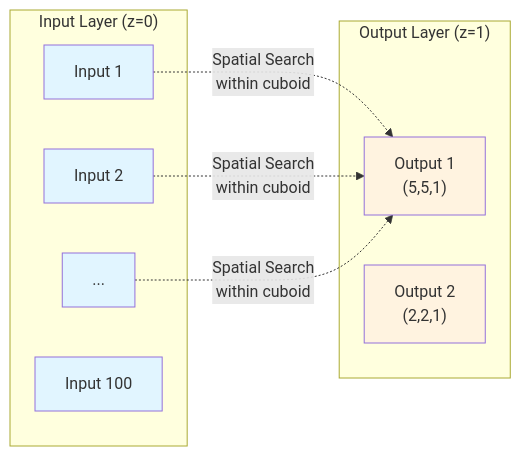
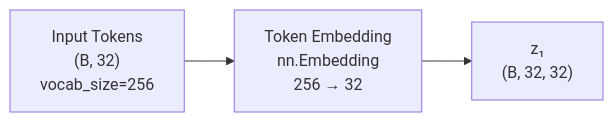
Before and after one commit to anatoli-starostin/spiky: the first of 3 diagrams in doc/programming_guide.md, drawn with Mermaid. The commit also changed other lines of this file and 7 other files, not shown here.

````diff
--- a/doc/programming_guide.md
+++ b/doc/programming_guide.md
@@ -113,25 +348,9 @@
 ```mermaid
 graph LR
-    subgraph "Input Layer (z=0)"
-        I1["Input 1"] 
-        I2["Input 2"]
-        I3["..."]
-        I100["Input 100"]
-    end
+    Input["Input Tokens<br/>(B, 32)<br/>vocab_size=256"]
+    Embed["Token Embedding<br/>nn.Embedding<br/>256 → 32"]
+    Z1["z₁<br/>(B, 32, 32)"]
     
-    subgraph "Output Layer (z=1)"
-        O1["Output 1<br/>(5,5,1)"]
-        O2["Output 2<br/>(2,2,1)"]
-    end
-    
-    I1 -.->|"Spatial Search<br/>within cuboid"| O1
-    I2 -.->|"Spatial Search<br/>within cuboid"| O1
-    I3 -.->|"Spatial Search<br/>within cuboid"| O1
-    
-    style I1 fill:#e1f5ff
-    style I2 fill:#e1f5ff
-    style I3 fill:#e1f5ff
-    style I100 fill:#e1f5ff
-    style O1 fill:#fff3e0
-    style O2 fill:#fff3e0
+    Input --> Embed
+    Embed --> Z1
 ```
````
